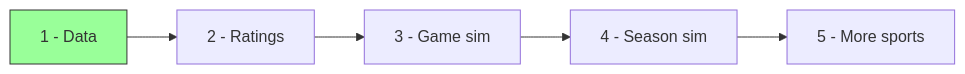
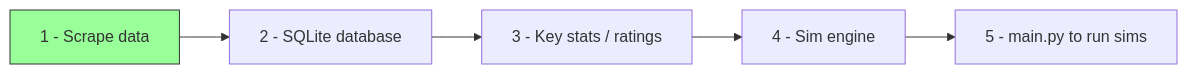
One commit to mhutch14/sports-sim changed the diagram in docs/ROADMAP.md. Above: the diagram before and after it, drawn with Mermaid. The commit also changed other lines of this file, not shown here.

First line of the commit message:
Roadmap: match project plan (SQLite step, main.py)

````diff
--- a/docs/ROADMAP.md
+++ b/docs/ROADMAP.md
@@ -3,5 +3,5 @@
 ```mermaid
 flowchart LR
-    P1[1 - Data] --> P2[2 - Ratings] --> P3[3 - Game sim] --> P4[4 - Season sim] --> P5[5 - More sports]
+    P1[1 - Scrape data] --> P2[2 - SQLite database] --> P3[3 - Key stats / ratings] --> P4[4 - Sim engine] --> P5["5 - main.py to run sims"]
     style P1 fill:#9f9,stroke:#333
 ```
````
